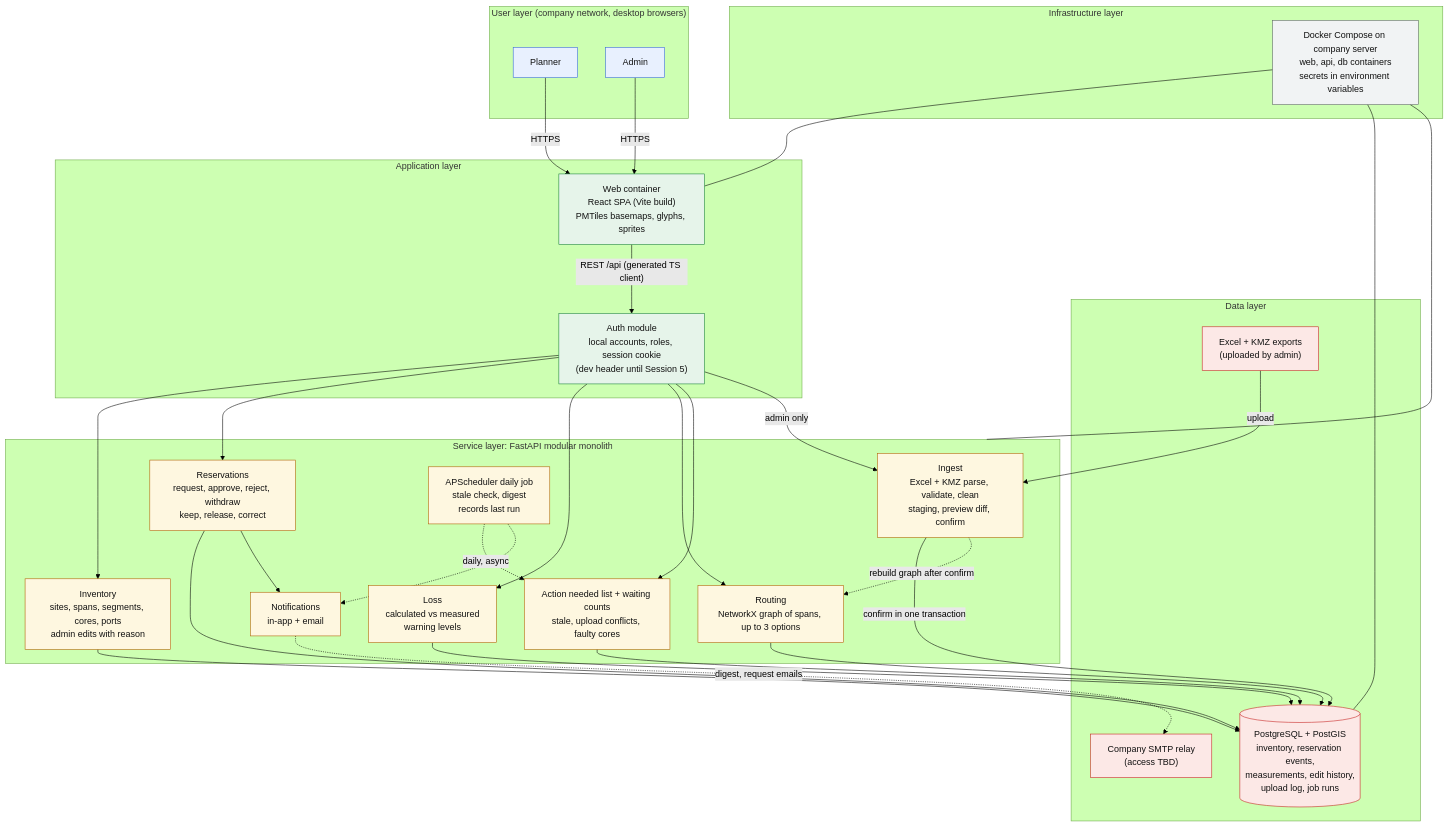
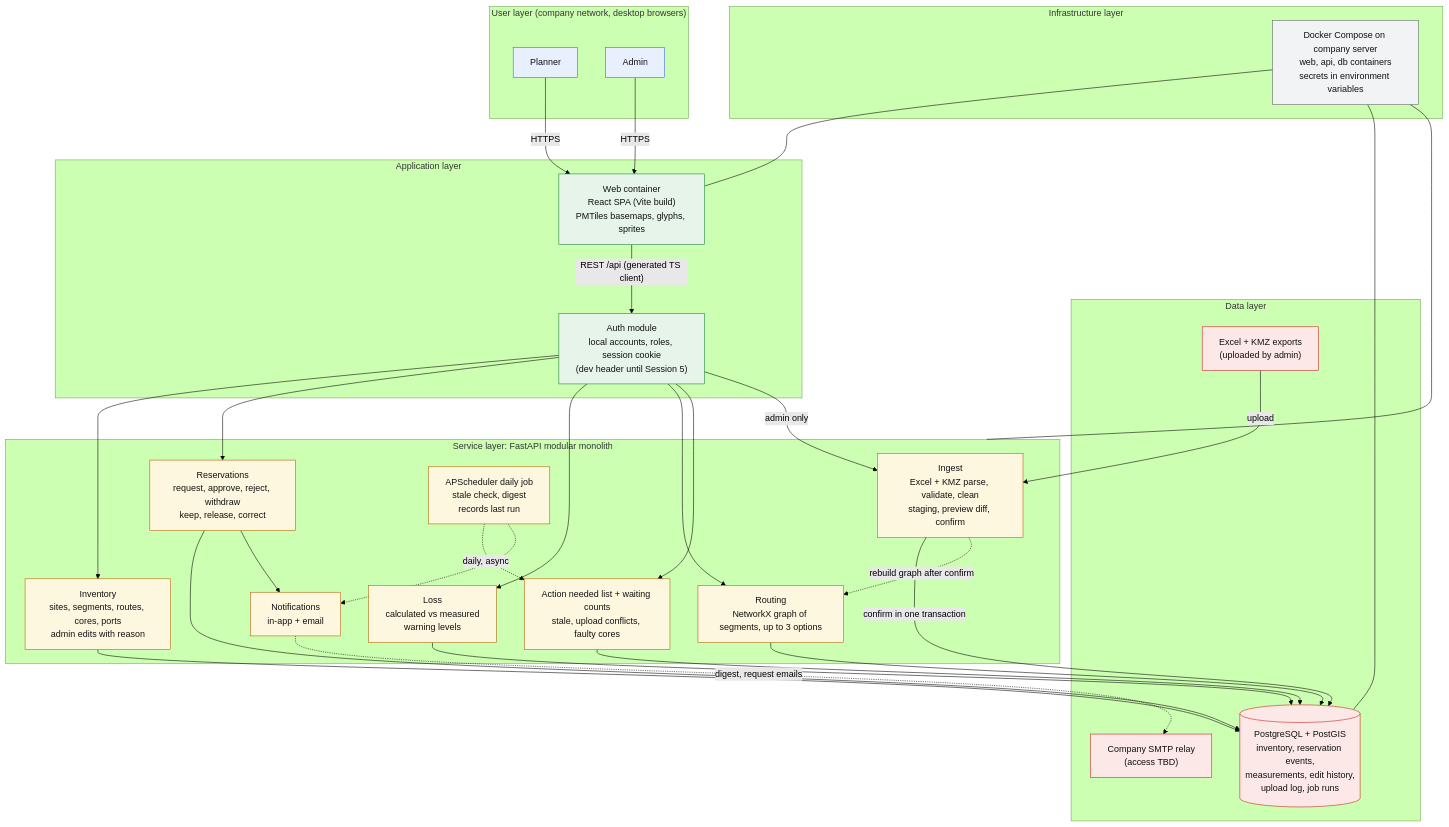
The diagram in docs/architecture.md (Pilths/fiber), drawn with Mermaid (forest theme) before and after one commit. The commit also changed other lines of this file and 7 other files, not shown here.

````diff
--- a/docs/architecture.md
+++ b/docs/architecture.md
@@ -25,59 +25,59 @@
 ```mermaid
 flowchart TB
   subgraph USER["User layer (company network, desktop browsers)"]
     P["Planner"]
     A["Admin"]
   end
 
   subgraph APP["Application layer"]
     WEB["Web container<br/>React SPA (Vite build)<br/>PMTiles basemaps, glyphs, sprites"]
     AUTH["Auth module<br/>local accounts, roles, session cookie<br/>(dev header until Session 5)"]
   end
 
   subgraph SVC["Service layer: FastAPI modular monolith"]
     INGEST["Ingest<br/>Excel + KMZ parse, validate, clean<br/>staging, preview diff, confirm"]
-    INV["Inventory<br/>sites, spans, segments, cores, ports<br/>admin edits with reason"]
+    INV["Inventory<br/>sites, segments, routes, cores, ports<br/>admin edits with reason"]
     RES["Reservations<br/>request, approve, reject, withdraw<br/>keep, release, correct"]
     LOSS["Loss<br/>calculated vs measured<br/>warning levels"]
-    ROUTE["Routing<br/>NetworkX graph of spans, up to 3 options"]
+    ROUTE["Routing<br/>NetworkX graph of segments, up to 3 options"]
     REVIEW["Action needed list + waiting counts<br/>stale, upload conflicts, faulty cores"]
     JOB["APScheduler daily job<br/>stale check, digest<br/>records last run"]
     NOTIFY["Notifications<br/>in-app + email"]
   end
 
   subgraph DATA["Data layer"]
     PG[("PostgreSQL + PostGIS<br/>inventory, reservation events,<br/>measurements, edit history,<br/>upload log, job runs")]
     FILES["Excel + KMZ exports<br/>(uploaded by admin)"]
     SMTP["Company SMTP relay<br/>(access TBD)"]
   end
 
   subgraph INFRA["Infrastructure layer"]
     DC["Docker Compose on company server<br/>web, api, db containers<br/>secrets in environment variables"]
   end
 
   P -->|HTTPS| WEB
   A -->|HTTPS| WEB
   WEB -->|"REST /api (generated TS client)"| AUTH
   AUTH --> INV & RES & LOSS & ROUTE & REVIEW
   AUTH -->|admin only| INGEST
   FILES -->|upload| INGEST
   INGEST -->|confirm in one transaction| PG
   INV & RES & LOSS & ROUTE & REVIEW --> PG
   RES --> NOTIFY
   JOB -.->|daily, async| REVIEW
   JOB -.-> NOTIFY
   NOTIFY -.->|digest, request emails| SMTP
   INGEST -.->|rebuild graph after confirm| ROUTE
   DC --- WEB & SVC & PG
 
   classDef user fill:#e8f0fe,stroke:#3367d6,color:#111
   classDef app fill:#e6f4ea,stroke:#188038,color:#111
   classDef svc fill:#fef7e0,stroke:#b06000,color:#111
   classDef data fill:#fce8e6,stroke:#c5221f,color:#111
   classDef infra fill:#f1f3f4,stroke:#5f6368,color:#111
   class P,A user
   class WEB,AUTH app
   class INGEST,INV,RES,LOSS,ROUTE,REVIEW,JOB,NOTIFY svc
   class PG,FILES,SMTP data
   class DC infra
 ```
````
